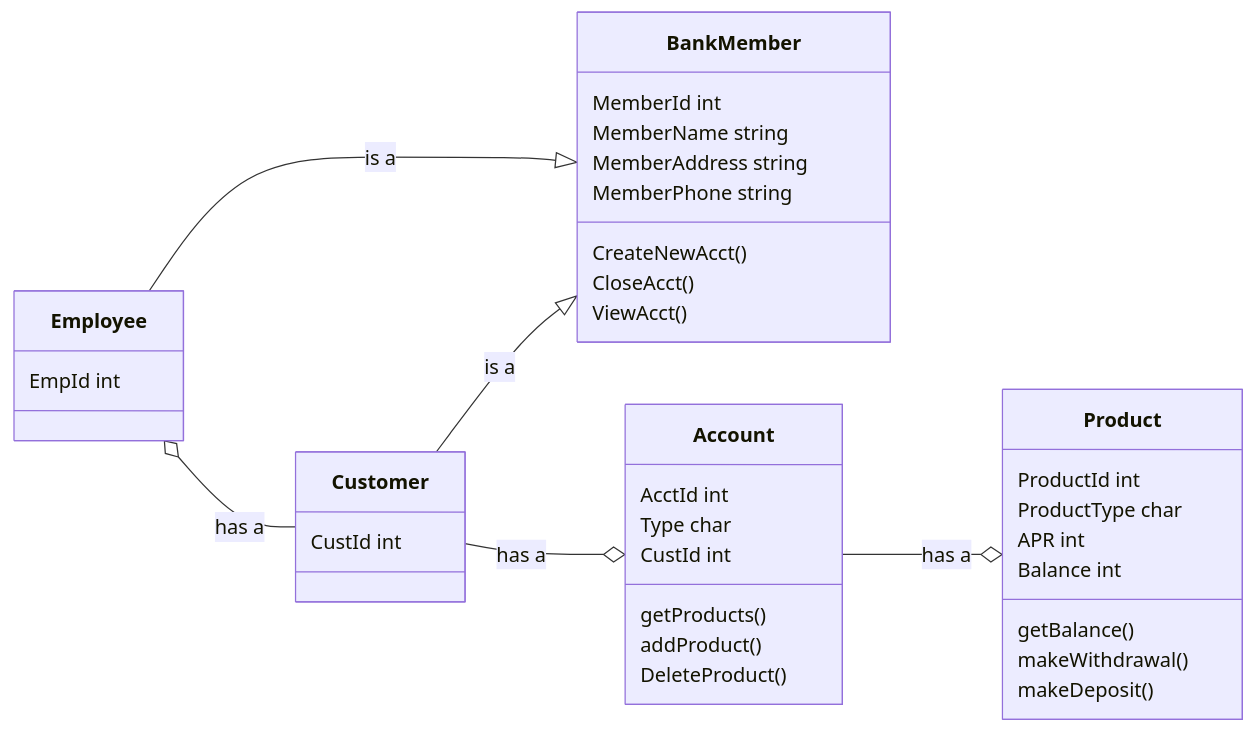
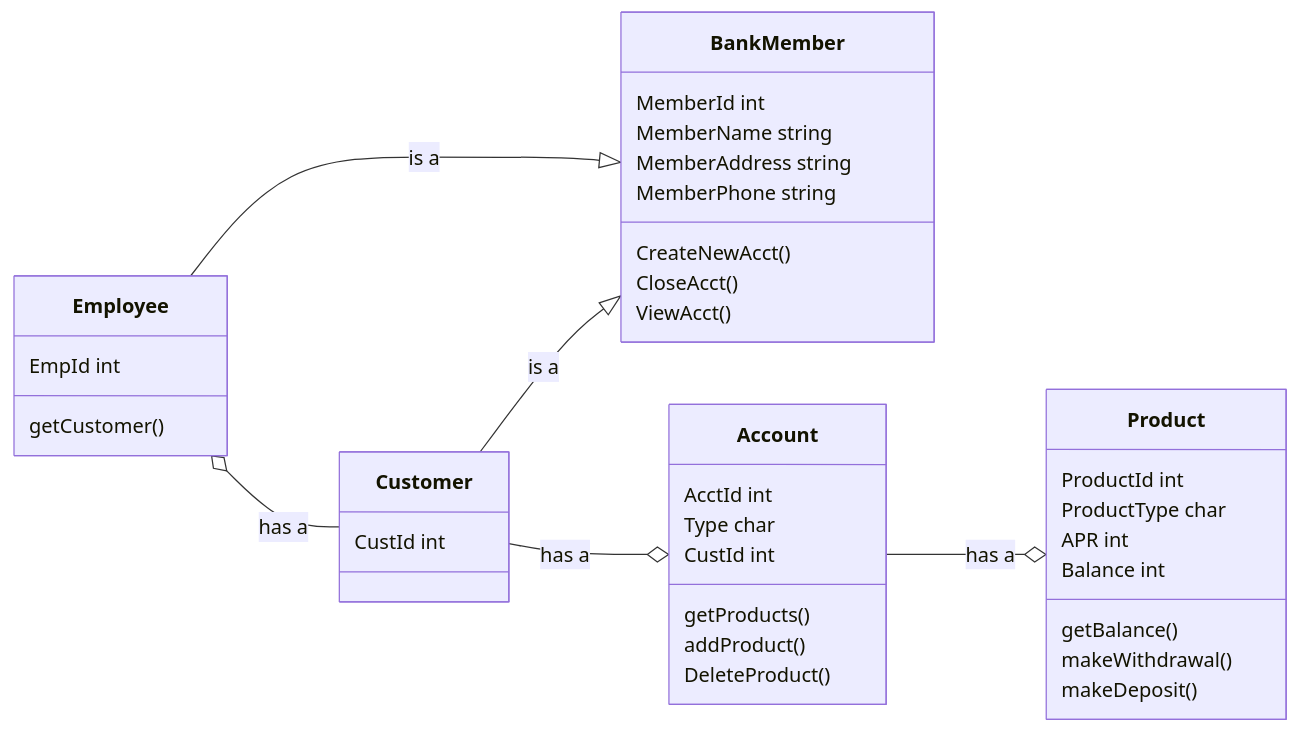
One commit to Marcus-Snell/Test changed the diagram in mermaid.md. Above: the diagram before and after it, drawn with Mermaid.

````diff
--- a/mermaid.md
+++ b/mermaid.md
@@ -1,37 +1,38 @@
 ```mermaid
 classDiagram
 direction LR
 BankMember
 BankMember : MemberId int
 BankMember : MemberName string
 BankMember : MemberAddress string
 BankMember : MemberPhone string
 BankMember : CreateNewAcct()
 BankMember: CloseAcct()
 BankMember : ViewAcct()
 
 Employee --|> BankMember : is a
 Employee o-- Customer : has a
 Employee : EmpId int
+Employee : getCustomer()
 
 Customer --|> BankMember : is a
 Customer --o Account : has a
 Customer : CustId int
 
 Account --o Product : has a
 Account : AcctId int
 Account : Type char
 Account : CustId int
 Account : getProducts()
 Account : addProduct()
 Account : DeleteProduct()
 
 Product : ProductId int
 Product : ProductType char
 Product : APR int
 Product : Balance int
 Product : getBalance()
 Product : makeWithdrawal()
 Product : makeDeposit()
 
 ```
````
